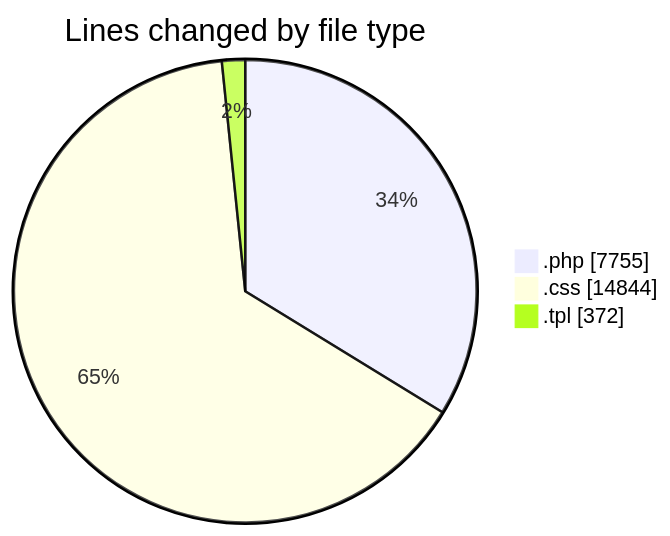
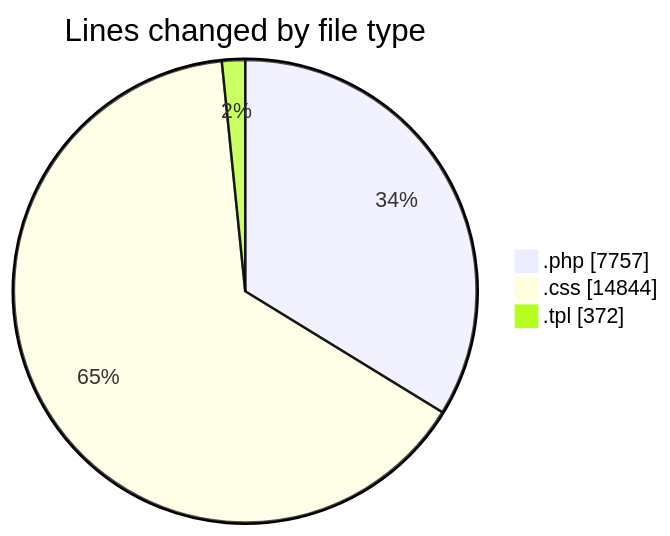
The first of 2 diagrams in 2025-04-17/zeytoon/README.md (vahidmafi/code-tracking), drawn with Mermaid before and after one commit. The commit also changed other lines of this file and 1 other file, not shown here.

````diff
--- a/2025-04-17/zeytoon/README.md
+++ b/2025-04-17/zeytoon/README.md
@@ -29,7 +29,7 @@
 ```mermaid
 pie showData
 title Lines changed by file type
-".php" : 7755
+".php" : 7757
 ".css" : 14844
 ".tpl" : 372
 ```
````
